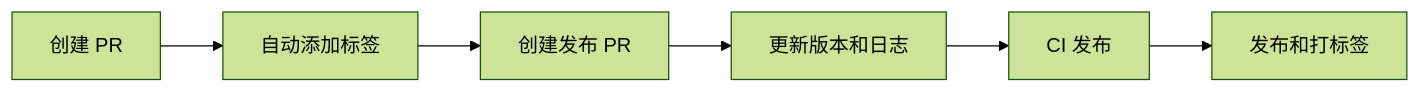
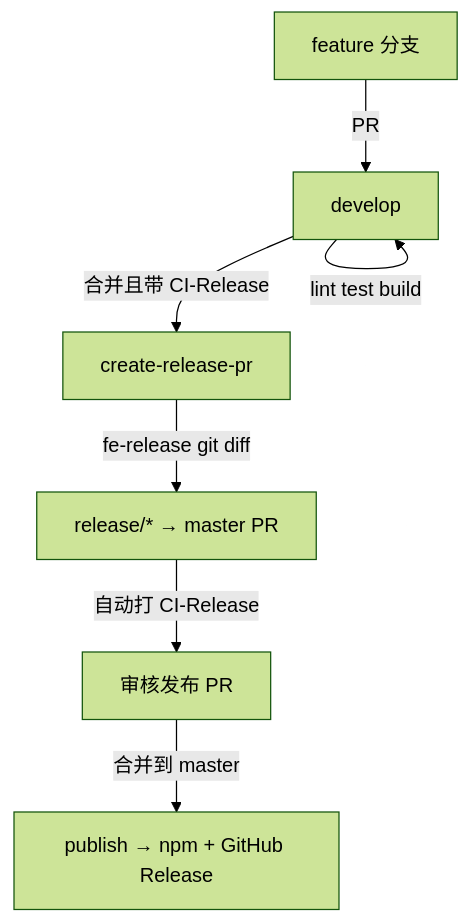
Before and after one commit to qlover/fe-base: the diagram in packages/fe-release/README.md, drawn with Mermaid (forest theme). The commit also changed other lines of this file and 97 other files, not shown here.

````diff
--- a/packages/fe-release/README.md
+++ b/packages/fe-release/README.md
@@ -210,8 +220,9 @@
 ```mermaid
-graph LR
-    A[创建 PR] --> B[自动添加标签]
-    B --> C[创建发布 PR]
-    C --> D[更新版本和日志]
-    D --> E[CI 发布]
-    E --> F[发布和打标签]
+graph TD
+    A[feature 分支] -->|PR| B[develop]
+    B -->|lint test build| B
+    B -->|合并且带 CI-Release| C[create-release-pr]
+    C -->|fe-release git diff| D[release/* → master PR]
+    D -->|自动打 CI-Release| E[审核发布 PR]
+    E -->|合并到 master| F[publish → npm + GitHub Release]
 ```
````
